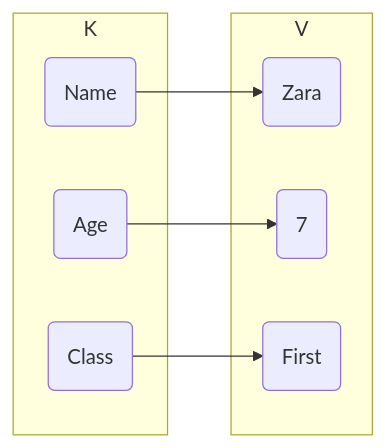
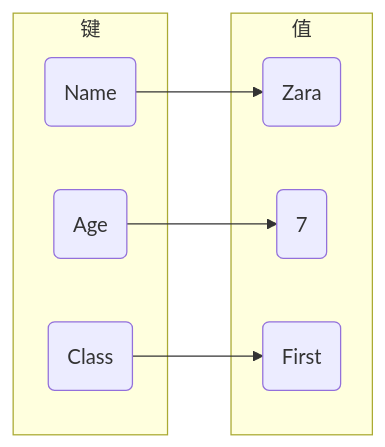
One commit to dmjcb/SelfBlog changed the diagram in Language/Python/库/模块/dict.md. Above: the diagram before and after it, drawn with Mermaid. The commit also changed other lines of this file and 66 other files, not shown here.

````diff
--- a/Language/Python/库/模块/dict.md
+++ b/Language/Python/库/模块/dict.md
@@ -26,18 +26,18 @@
 ```mermaid
 graph LR;
-    subgraph V
+    subgraph 值
         v1(Zara)
         v2(7)
         v3(First)
     end
 
-    subgraph K
+    subgraph 键
         k1(Name)
         k2(Age)
         k3(Class)
     end
 
     k1-->v1
     k2-->v2
     k3-->v3
 ```
````
